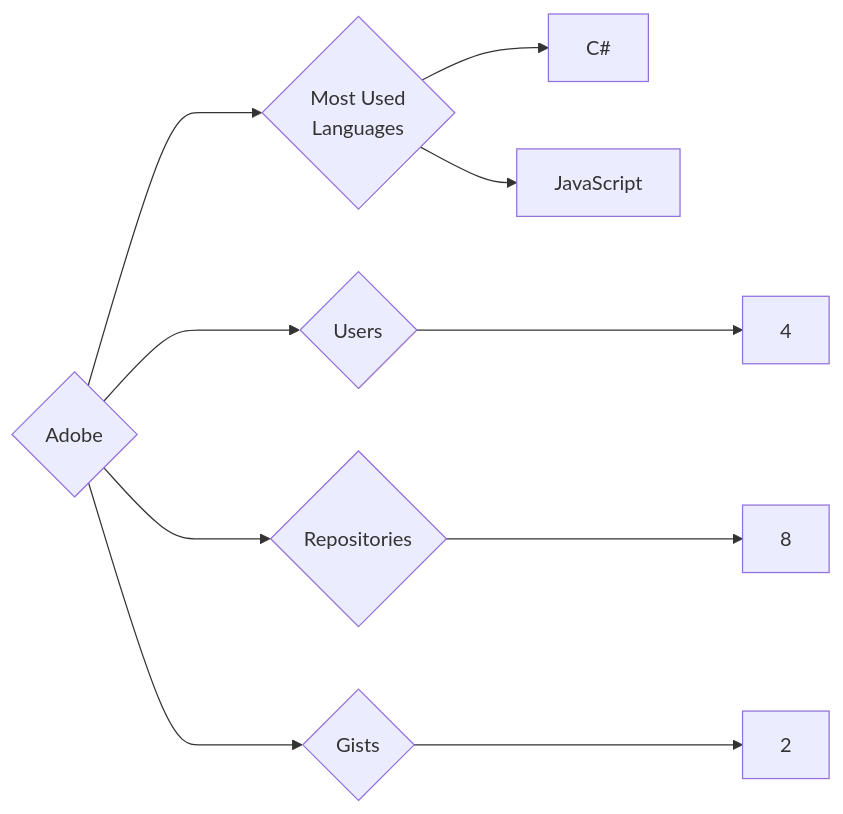
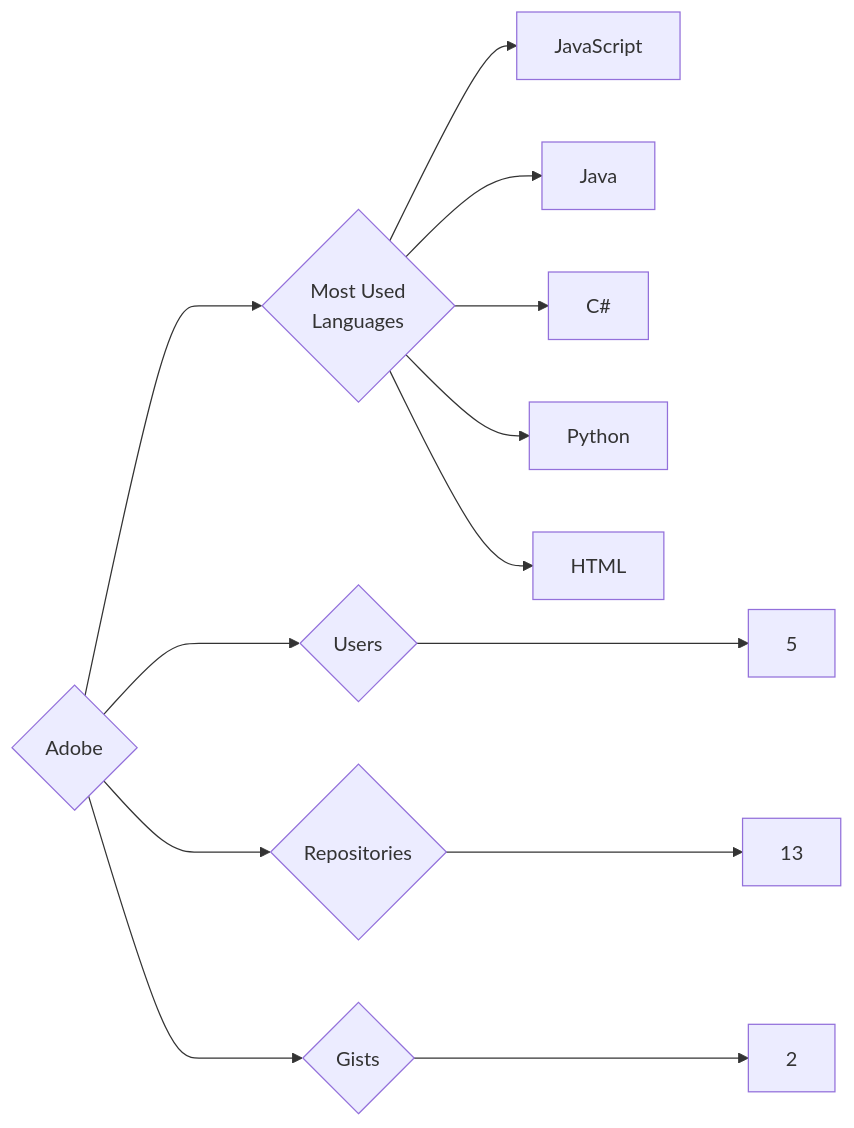
Before and after one commit to trickest/insiders: the diagram in targets/Adobe/README.md, drawn with Mermaid. The commit also changed 912 other files, not shown here.

````diff
--- a/targets/Adobe/README.md
+++ b/targets/Adobe/README.md
@@ -3,10 +3,13 @@
 ```mermaid
 graph LR
 COMPANY_NAME{Adobe}
-COMPANY_NAME ---> U{Users} ---> UN[4]
-COMPANY_NAME ---> R{Repositories} ---> RN[8]
+COMPANY_NAME ---> U{Users} ---> UN[5]
+COMPANY_NAME ---> R{Repositories} ---> RN[13]
 COMPANY_NAME ---> G{Gists} ---> GN[2]
 COMPANY_NAME ---> ML{Most Used<br>Languages}
+ML --> JavaScript[JavaScript]
+ML --> Java[Java]
 ML --> C#[C#]
-ML --> JavaScript[JavaScript]
+ML --> Python[Python]
+ML --> HTML[HTML]
 ```
````
